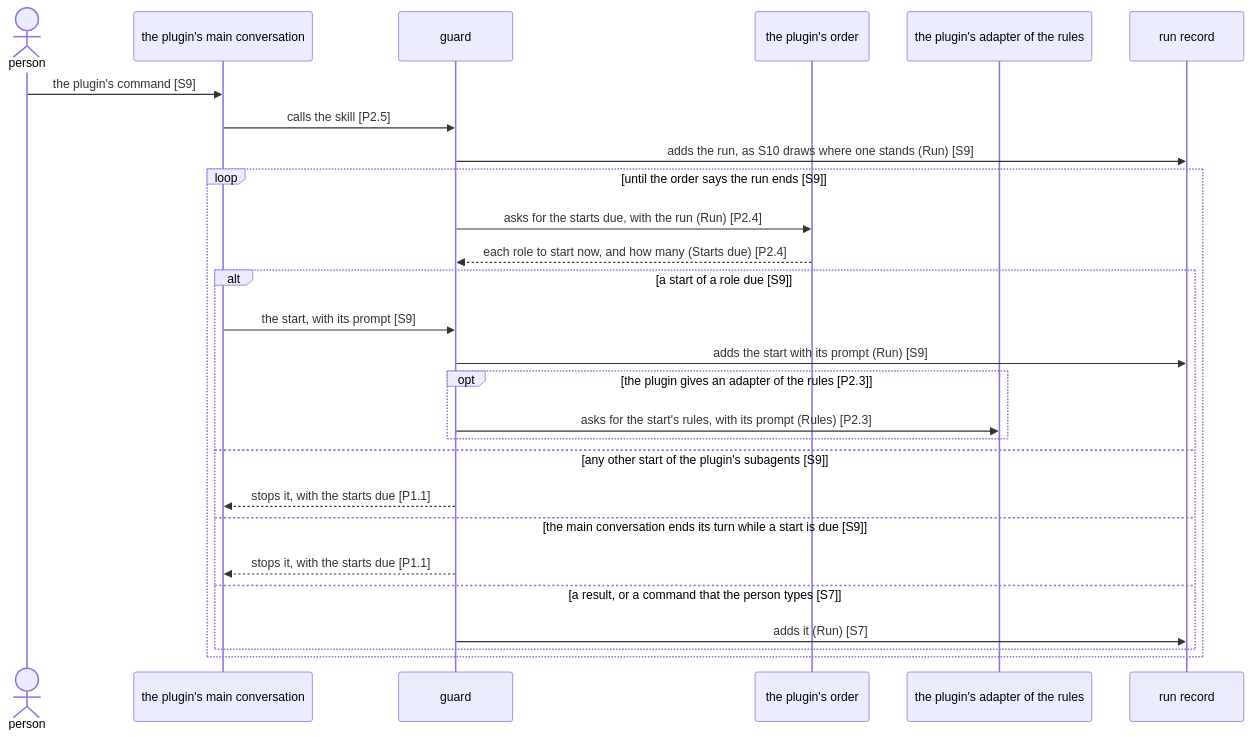
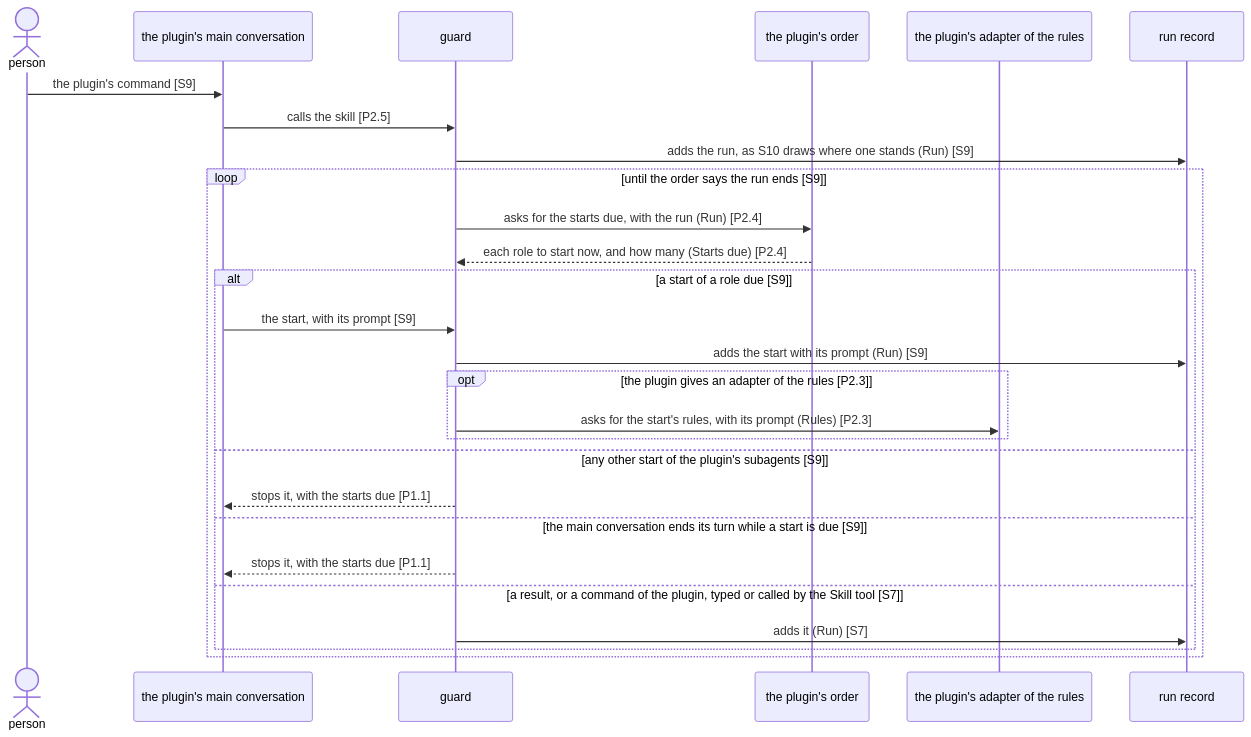
The first of 3 diagrams in dev/lane/architecture.md (lovaizu/ccpm), drawn with Mermaid before and after one commit. The commit also changed other lines of this file and 4 other files, not shown here.

````diff
--- a/dev/lane/architecture.md
+++ b/dev/lane/architecture.md
@@ -134,29 +133,29 @@
 ```mermaid
 sequenceDiagram
   actor U as person
   participant M as the plugin's main conversation
   participant G as guard
   participant O as the plugin's order
   participant A as the plugin's adapter of the rules
   participant RR as run record
   U->>M: the plugin's command [S9]
   M->>G: calls the skill [P2.5]
   G->>RR: adds the run, as S10 draws where one stands (Run) [S9]
   loop until the order says the run ends [S9]
     G->>O: asks for the starts due, with the run (Run) [P2.4]
     O-->>G: each role to start now, and how many (Starts due) [P2.4]
     alt a start of a role due [S9]
       M->>G: the start, with its prompt [S9]
       G->>RR: adds the start with its prompt (Run) [S9]
       opt the plugin gives an adapter of the rules [P2.3]
         G->>A: asks for the start's rules, with its prompt (Rules) [P2.3]
       end
     else any other start of the plugin's subagents [S9]
       G-->>M: stops it, with the starts due [P1.1]
     else the main conversation ends its turn while a start is due [S9]
       G-->>M: stops it, with the starts due [P1.1]
-    else a result, or a command that the person types [S7]
+    else a result, or a command of the plugin, typed or called by the Skill tool [S7]
       G->>RR: adds it (Run) [S7]
     end
   end
 ```
````
